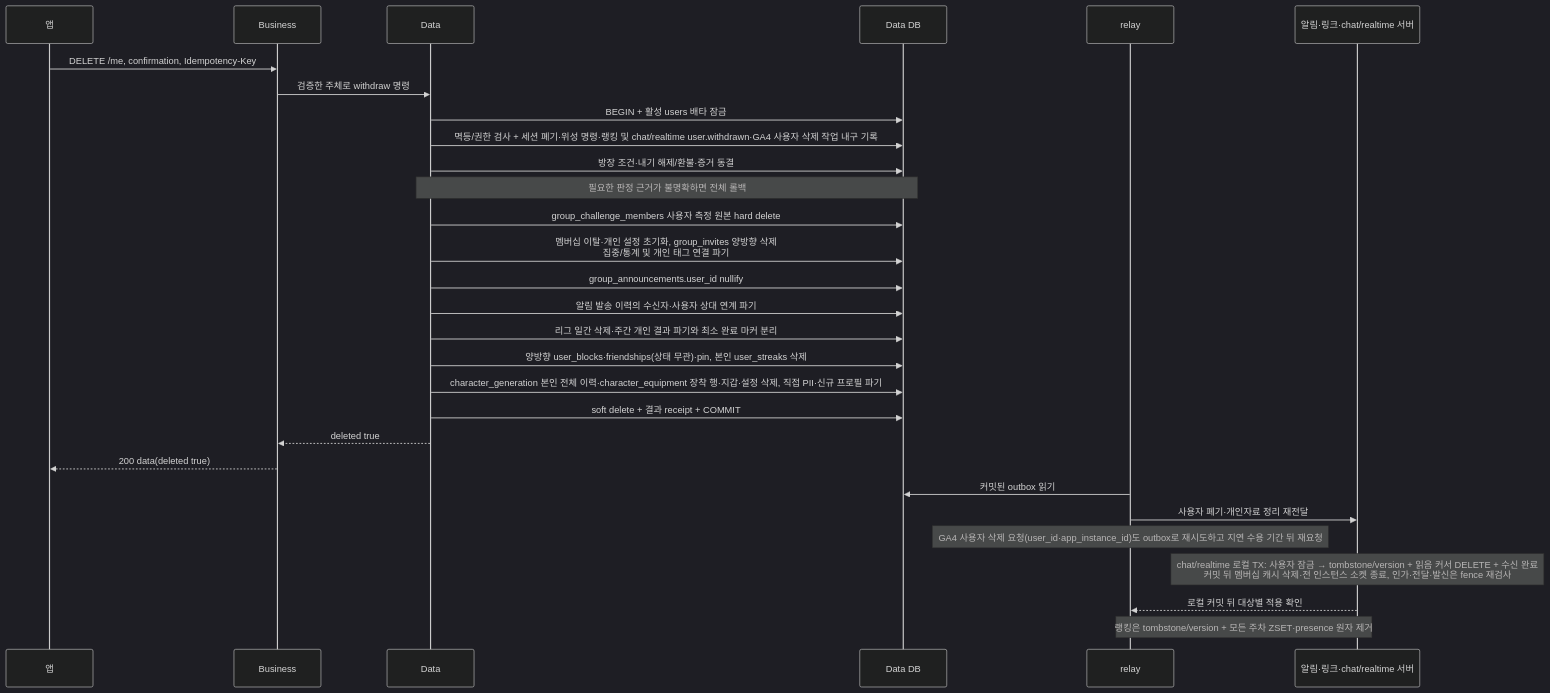
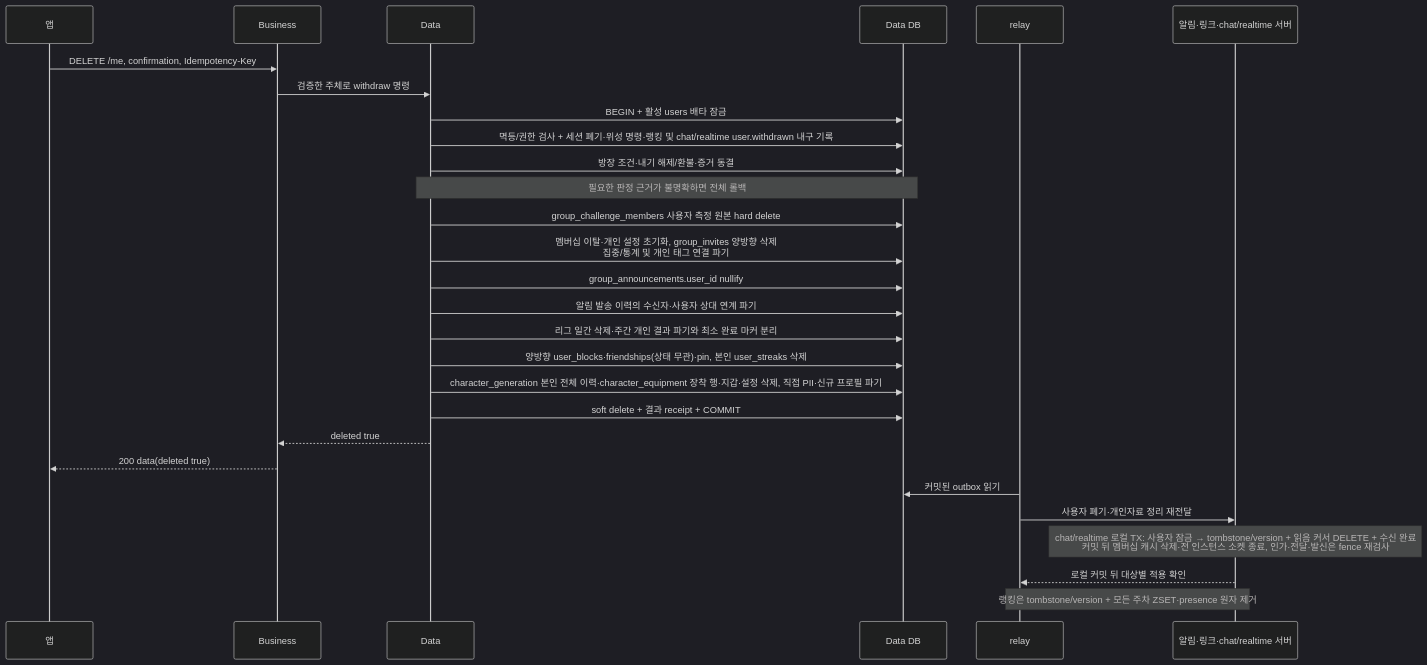
Before and after one commit to OneOrThree/phone: the fifth of 6 diagrams in docs/prd/fishcat/account/high-level-design.md, drawn with Mermaid (dark theme). The commit also changed other lines of this file and 8 other files, not shown here.

````diff
--- a/docs/prd/fishcat/account/high-level-design.md
+++ b/docs/prd/fishcat/account/high-level-design.md
@@ -163,31 +163,30 @@
 ```mermaid
 sequenceDiagram
     participant A as 앱
     participant B as Business
     participant D as Data
     participant DB as Data DB
     participant R as relay
     participant S as 알림·링크·chat/realtime 서버
     A->>B: DELETE /me, confirmation, Idempotency-Key
     B->>D: 검증한 주체로 withdraw 명령
     D->>DB: BEGIN + 활성 users 배타 잠금
-    D->>DB: 멱등/권한 검사 + 세션 폐기·위성 명령·랭킹 및 chat/realtime user.withdrawn·GA4 사용자 삭제 작업 내구 기록
+    D->>DB: 멱등/권한 검사 + 세션 폐기·위성 명령·랭킹 및 chat/realtime user.withdrawn 내구 기록
     D->>DB: 방장 조건·내기 해제/환불·증거 동결
     Note over D,DB: 필요한 판정 근거가 불명확하면 전체 롤백
     D->>DB: group_challenge_members 사용자 측정 원본 hard delete
     D->>DB: 멤버십 이탈·개인 설정 초기화, group_invites 양방향 삭제<br/>집중/통계 및 개인 태그 연결 파기
     D->>DB: group_announcements.user_id nullify
     D->>DB: 알림 발송 이력의 수신자·사용자 상대 연계 파기
     D->>DB: 리그 일간 삭제·주간 개인 결과 파기와 최소 완료 마커 분리
     D->>DB: 양방향 user_blocks·friendships(상태 무관)·pin, 본인 user_streaks 삭제
     D->>DB: character_generation 본인 전체 이력·character_equipment 장착 행·지갑·설정 삭제, 직접 PII·신규 프로필 파기
     D->>DB: soft delete + 결과 receipt + COMMIT
     D-->>B: deleted true
     B-->>A: 200 data(deleted true)
     R->>DB: 커밋된 outbox 읽기
     R->>S: 사용자 폐기·개인자료 정리 재전달
-    Note over R: GA4 사용자 삭제 요청(user_id·app_instance_id)도 outbox로 재시도하고 지연 수용 기간 뒤 재요청
     Note over S: chat/realtime 로컬 TX: 사용자 잠금 → tombstone/version + 읽음 커서 DELETE + 수신 완료<br/>커밋 뒤 멤버십 캐시 삭제·전 인스턴스 소켓 종료, 인가·전달·발신은 fence 재검사
     S-->>R: 로컬 커밋 뒤 대상별 적용 확인
     Note over R,S: 랭킹은 tombstone/version + 모든 주차 ZSET·presence 원자 제거
 ```
````
